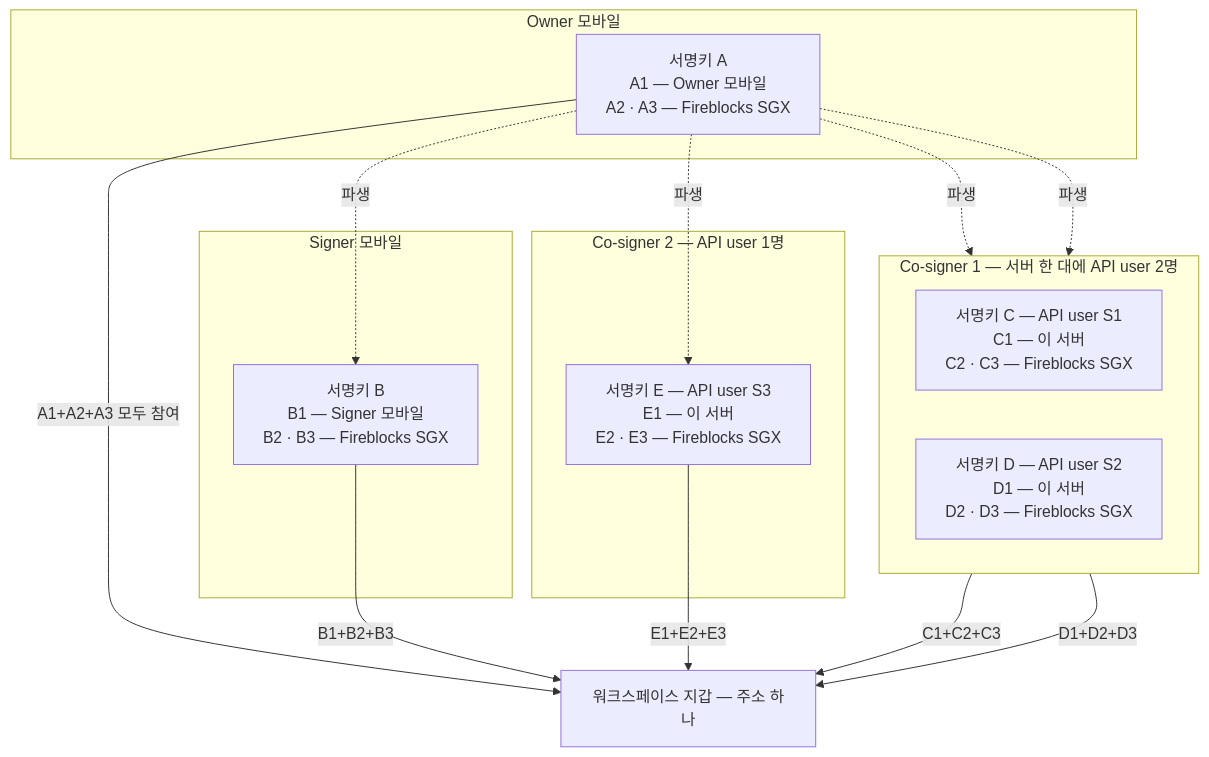
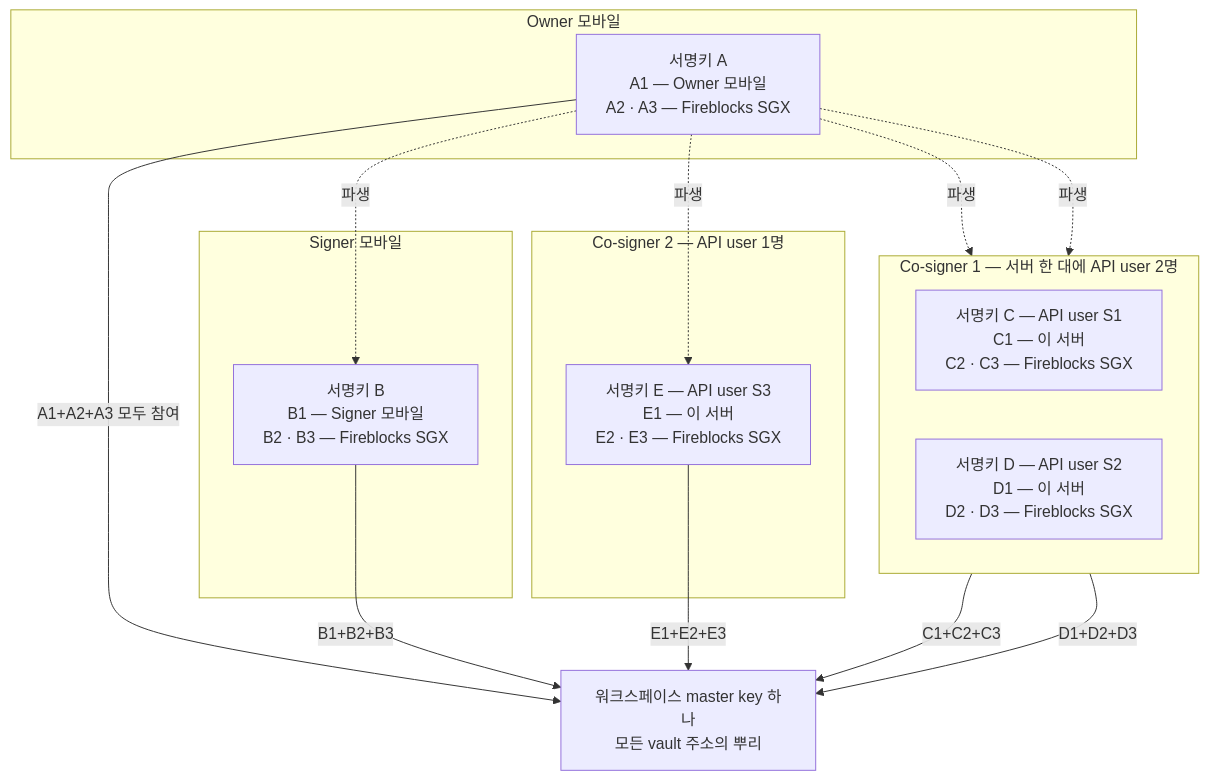
One commit to eunsujeo/eunpus changed the first of 4 diagrams in blockchain-manager/docs/BC/기능검토/09-fireblocks-key-management.md. Above: the diagram before and after it, drawn with Mermaid. The commit also changed other lines of this file, not shown here.

First line of the commit message:
Fireblocks 키 관리 문서에 파생 비교·복구 경로 다이어그램을 넣고 master key 표현을 바로잡는다

````diff
--- a/blockchain-manager/docs/BC/기능검토/09-fireblocks-key-management.md
+++ b/blockchain-manager/docs/BC/기능검토/09-fireblocks-key-management.md
@@ -21,27 +20,27 @@
 ```mermaid
 flowchart TB
-  WS["워크스페이스 지갑 — 주소 하나"]
+  WS["워크스페이스 master key 하나<br/>모든 vault 주소의 뿌리"]
   subgraph OWN["Owner 모바일"]
     A["서명키 A<br/>A1 — Owner 모바일<br/>A2 · A3 — Fireblocks SGX"]
   end
   subgraph SIG["Signer 모바일"]
     B["서명키 B<br/>B1 — Signer 모바일<br/>B2 · B3 — Fireblocks SGX"]
   end
   subgraph CS1["Co-signer 1 — 서버 한 대에 API user 2명"]
     direction LR
     C["서명키 C — API user S1<br/>C1 — 이 서버<br/>C2 · C3 — Fireblocks SGX"]
     D["서명키 D — API user S2<br/>D1 — 이 서버<br/>D2 · D3 — Fireblocks SGX"]
   end
   subgraph CS2["Co-signer 2 — API user 1명"]
     E["서명키 E — API user S3<br/>E1 — 이 서버<br/>E2 · E3 — Fireblocks SGX"]
   end
   A -->|A1+A2+A3 모두 참여| WS
   B -->|B1+B2+B3| WS
   C -->|C1+C2+C3| WS
   D -->|D1+D2+D3| WS
   E -->|E1+E2+E3| WS
   A -. 파생 .-> B
   A -. 파생 .-> C
   A -. 파생 .-> D
   A -. 파생 .-> E
 ```
````
